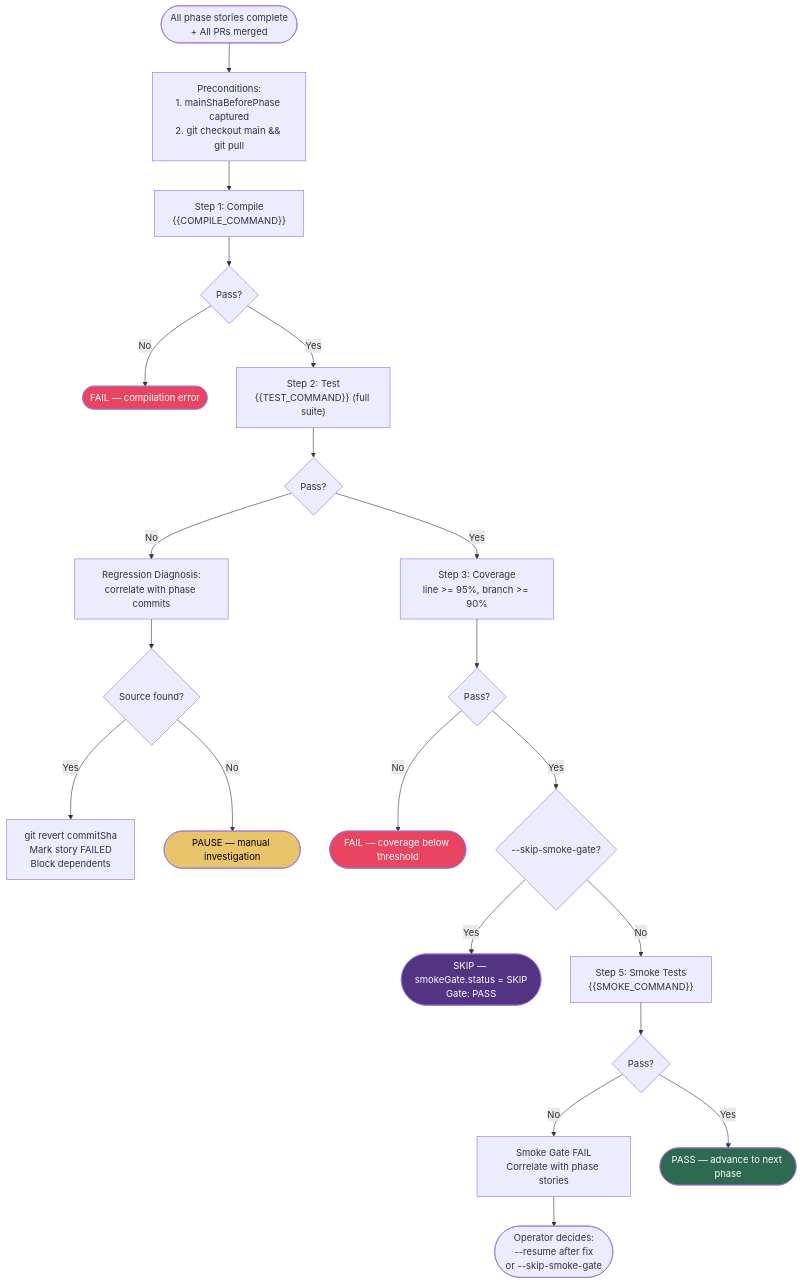
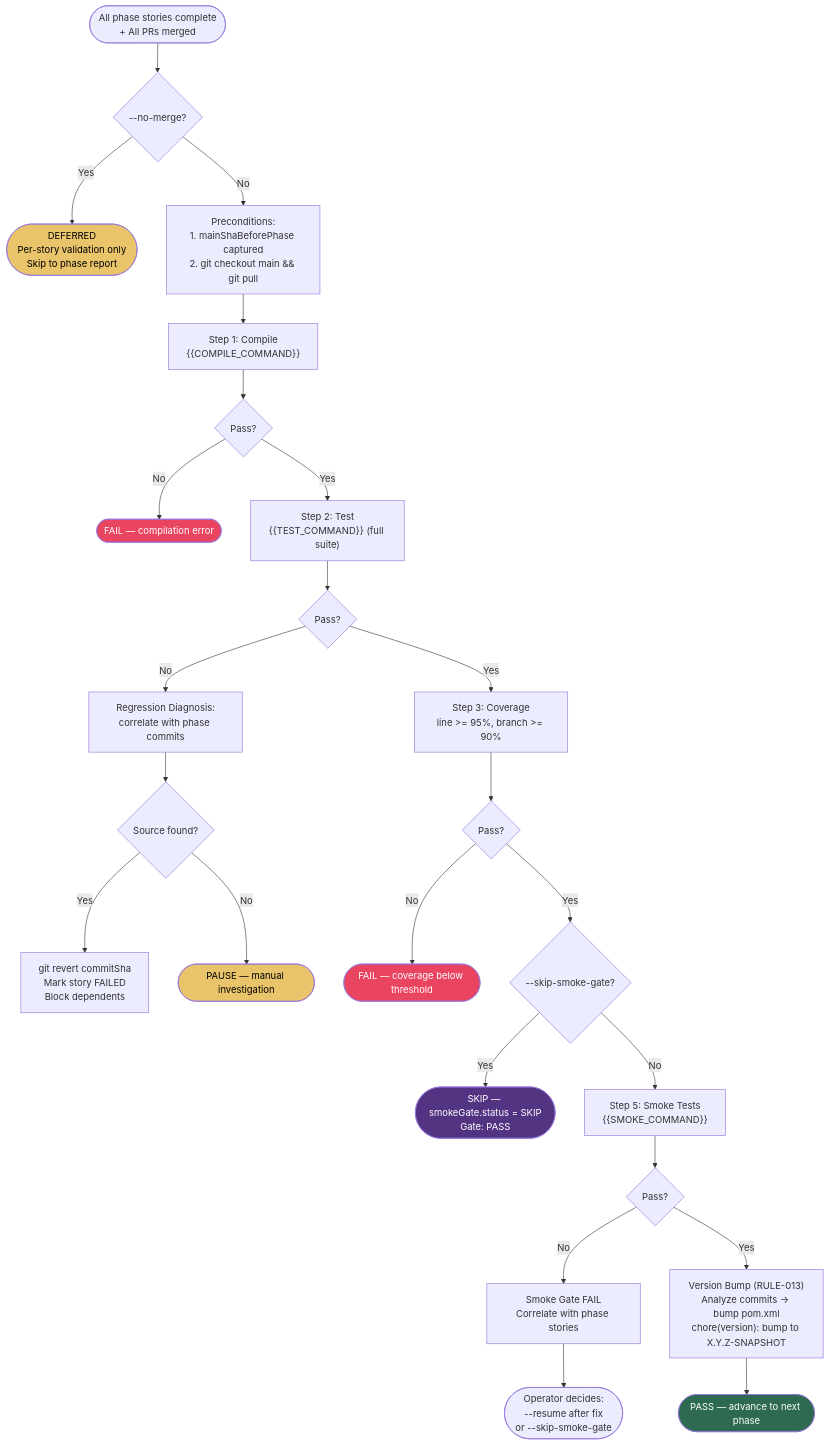
Before and after one commit to edercnj/ia-dev-environment: the sixth of 8 diagrams in .claude/skills/x-dev-epic-implement/README.md, drawn with Mermaid. The commit also changed other lines of this file and 7 other files, not shown here.

First line of the commit message:
feat(version-bump): introduce x-lib-version-bump utility for semantic versioning

````diff
--- a/.claude/skills/x-dev-epic-implement/README.md
+++ b/.claude/skills/x-dev-epic-implement/README.md
@@ -281,38 +288,42 @@
 ```mermaid
 flowchart TD
-    TRIGGER(["All phase stories complete<br/>+ All PRs merged"]) --> PRE
+    TRIGGER(["All phase stories complete<br/>+ All PRs merged"]) --> NOMERGECHECK{--no-merge?}
+    NOMERGECHECK -->|Yes| DEFERRED(["DEFERRED<br/>Per-story validation only<br/>Skip to phase report"])
+    NOMERGECHECK -->|No| PRE
 
     PRE["Preconditions:<br/>1. mainShaBeforePhase captured<br/>2. git checkout main && git pull"] --> S1
 
     S1["Step 1: Compile<br/>{{COMPILE_COMMAND}}"] --> S1R{Pass?}
     S1R -->|No| FAIL1(["FAIL — compilation error"])
     S1R -->|Yes| S2
 
     S2["Step 2: Test<br/>{{TEST_COMMAND}} (full suite)"] --> S2R{Pass?}
     S2R -->|No| REGRESS["Regression Diagnosis:<br/>correlate with phase commits"]
     S2R -->|Yes| S3
 
     REGRESS --> REGSRC{Source found?}
     REGSRC -->|Yes| REVERT["git revert commitSha<br/>Mark story FAILED<br/>Block dependents"]
     REGSRC -->|No| PAUSE(["PAUSE — manual investigation"])
 
     S3["Step 3: Coverage<br/>line >= 95%, branch >= 90%"] --> S3R{Pass?}
     S3R -->|No| FAIL3(["FAIL — coverage below threshold"])
     S3R -->|Yes| S4
 
     S4{--skip-smoke-gate?}
     S4 -->|Yes| SKIP(["SKIP — smokeGate.status = SKIP<br/>Gate: PASS"])
     S4 -->|No| S5
 
     S5["Step 5: Smoke Tests<br/>{{SMOKE_COMMAND}}"] --> S5R{Pass?}
     S5R -->|No| SMOKEFAIL["Smoke Gate FAIL<br/>Correlate with phase stories"]
-    S5R -->|Yes| PASS(["PASS — advance to next phase"])
+    S5R -->|Yes| VBUMP["Version Bump (RULE-013)<br/>Analyze commits → bump pom.xml<br/>chore(version): bump to X.Y.Z-SNAPSHOT"]
+    VBUMP --> PASS(["PASS — advance to next phase"])
 
     SMOKEFAIL --> OPERATOR(["Operator decides:<br/>--resume after fix<br/>or --skip-smoke-gate"])
 
     style PASS fill:#2d6a4f,color:#fff
     style FAIL1 fill:#e94560,color:#fff
     style FAIL3 fill:#e94560,color:#fff
     style PAUSE fill:#e9c46a,color:#000
     style SKIP fill:#533483,color:#fff
+    style DEFERRED fill:#e9c46a,color:#000
 ```
````
